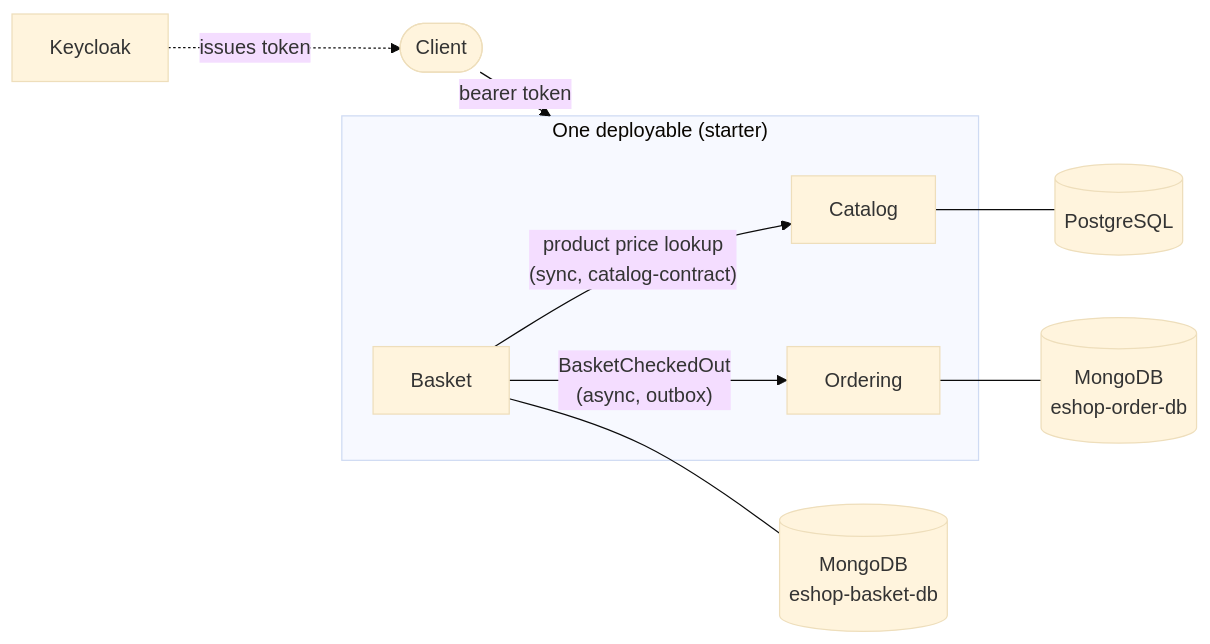
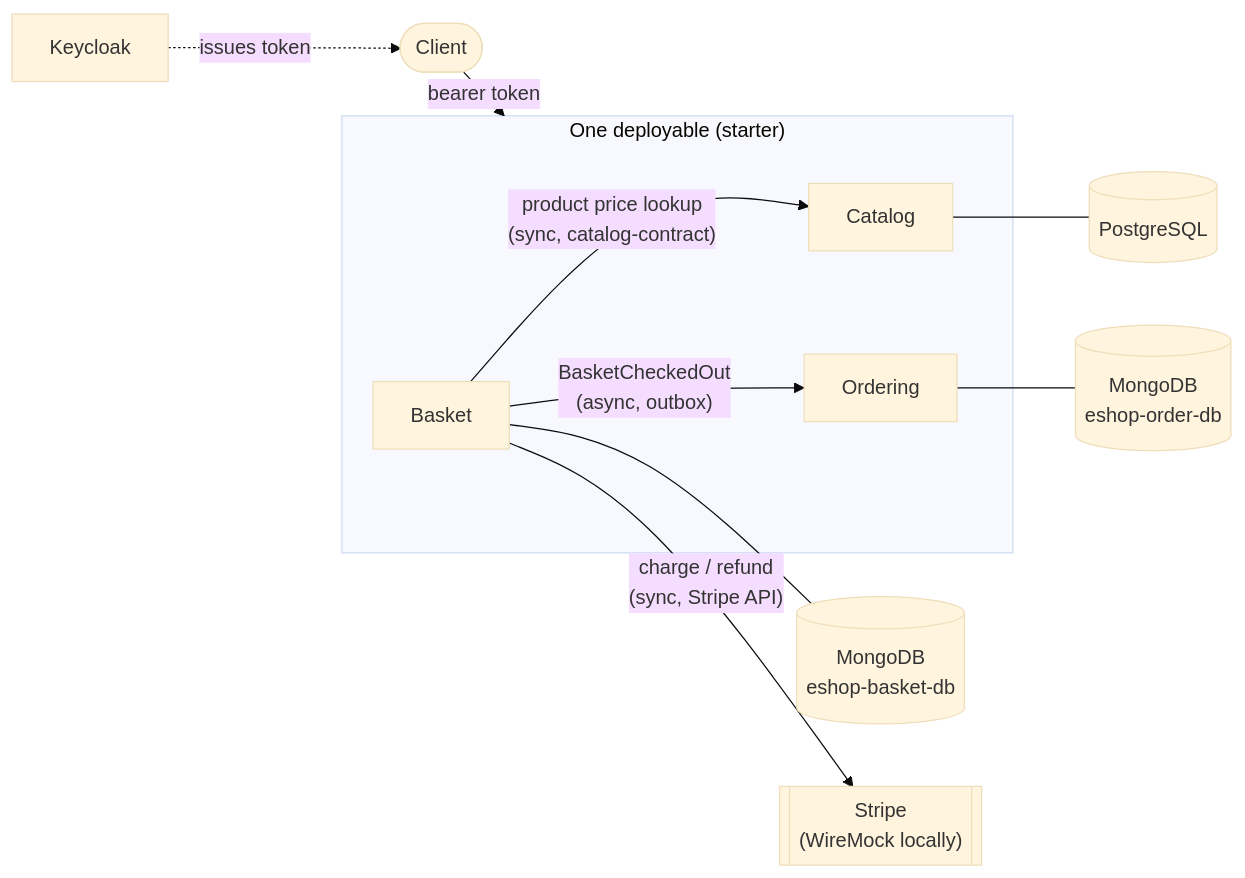
Before and after one commit to TomMante/spring-boot-eshop-modular-monolith: the diagram in README.md, drawn with Mermaid (base theme). The commit also changed other lines of this file and 93 other files, not shown here.

Commit message:
Charge checkout through a Stripe payment method token instead of accepting card details, so no card number, expiry or CVV reaches the application, its outbox or its databases (closes Known Bug 4)

````diff
--- a/README.md
+++ b/README.md
@@ -24,18 +24,19 @@
 ```mermaid
 flowchart LR
     client([Client]) -- "bearer token" --> api
     keycloak[Keycloak] -. "issues token" .-> client
 
     subgraph api["One deployable (starter)"]
         catalog[Catalog]
         basket[Basket]
         ordering[Ordering]
     end
 
     catalog --- catalogDb[("PostgreSQL")]
     basket --- basketDb[("MongoDB<br/>eshop-basket-db")]
     ordering --- orderDb[("MongoDB<br/>eshop-order-db")]
 
     basket -- "product price lookup<br/>(sync, catalog-contract)" --> catalog
     basket -- "BasketCheckedOut<br/>(async, outbox)" --> ordering
+    basket -- "charge / refund<br/>(sync, Stripe API)" --> stripe[["Stripe<br/>(WireMock locally)"]]
 ```
````
